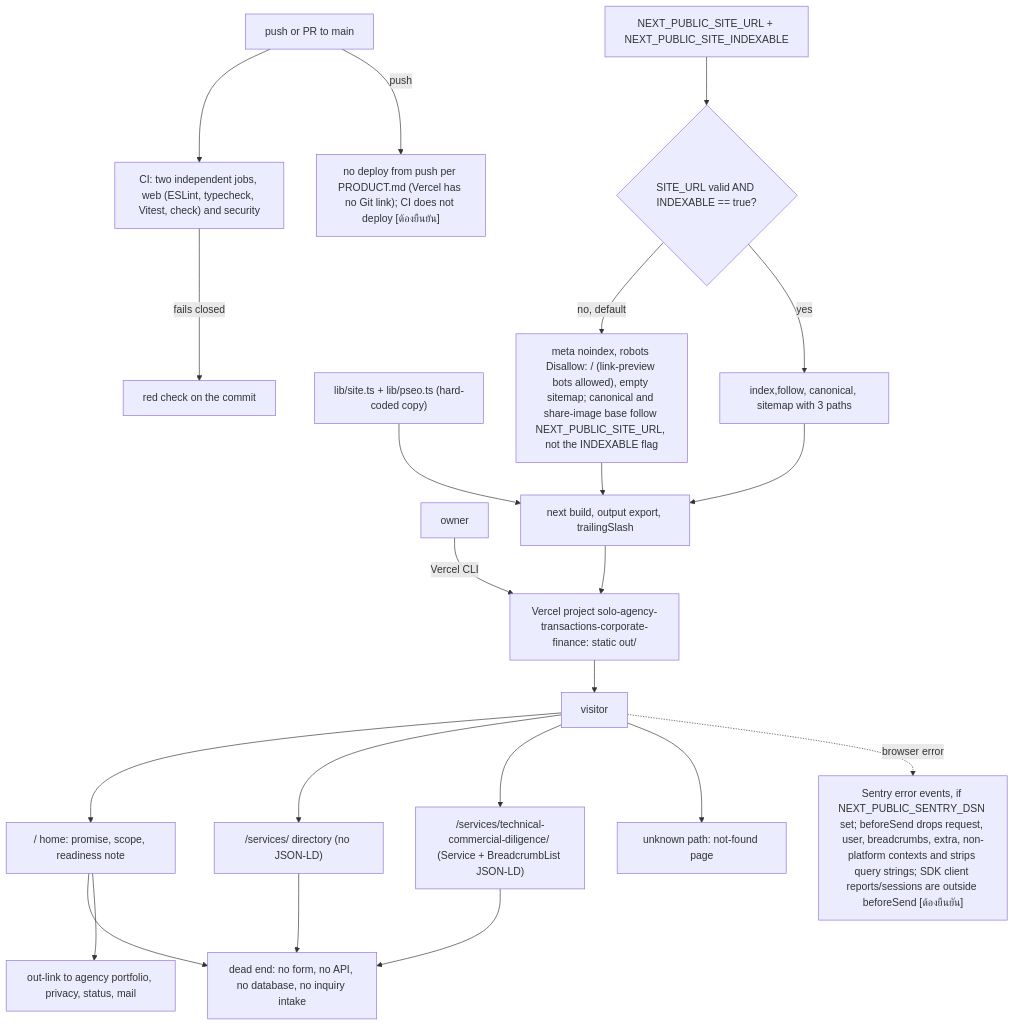
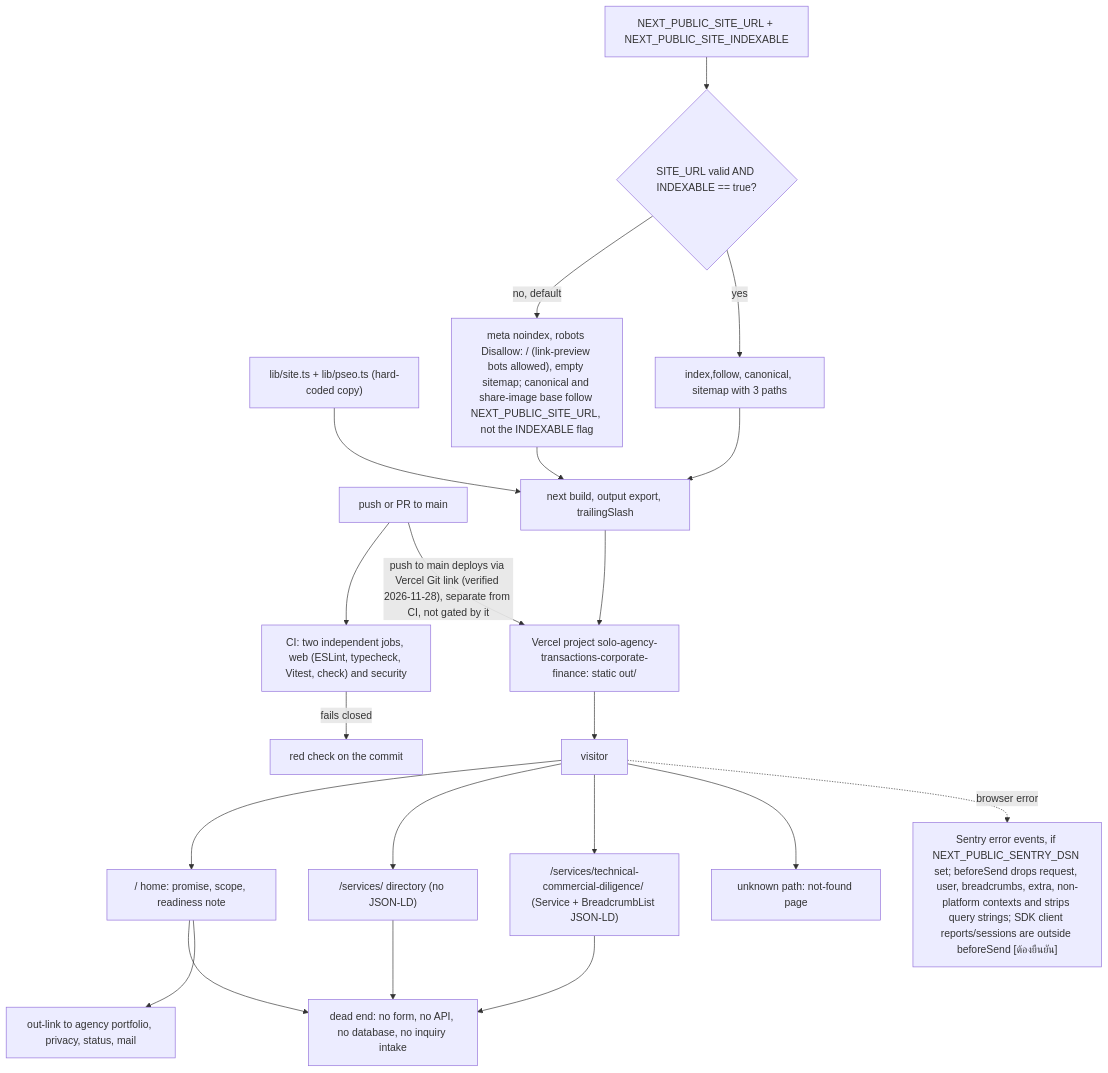
Before and after one commit to bookchaowalit-agency/agency-transactions-corporate-finance-web: the first of 2 diagrams in docs/diagrams/01-business-process.md, drawn with Mermaid. The commit also changed other lines of this file, not shown here.

Commit message:
docs: close Vercel Git link gap (D9), verified 2026-11-28

````diff
--- a/docs/diagrams/01-business-process.md
+++ b/docs/diagrams/01-business-process.md
@@ -9,24 +9,23 @@
 ```mermaid
 flowchart TD
   DEV["push or PR to main"] --> CI["CI: two independent jobs, web (ESLint, typecheck, Vitest, check) and security"]
   CI -->|"fails closed"| CIFAIL["red check on the commit"]
-  DEV -->|"push"| NODEPLOY["no deploy from push per PRODUCT.md (Vercel has no Git link); CI does not deploy [ต้องยืนยัน]"]
-  OWNER["owner"] -->|"Vercel CLI"| VERCEL["Vercel project solo-agency-transactions-corporate-finance: static out/"]
+  DEV -->|"push to main deploys via Vercel Git link (verified 2026-11-28), separate from CI, not gated by it"| VERCEL["Vercel project solo-agency-transactions-corporate-finance: static out/"]
   DATA["lib/site.ts + lib/pseo.ts (hard-coded copy)"] --> BUILD["next build, output export, trailingSlash"]
   ENV["NEXT_PUBLIC_SITE_URL + NEXT_PUBLIC_SITE_INDEXABLE"] --> GATE{"SITE_URL valid AND INDEXABLE == true?"}
   GATE -->|no, default| NOIDX["meta noindex, robots Disallow: / (link-preview bots allowed), empty sitemap; canonical and share-image base follow NEXT_PUBLIC_SITE_URL, not the INDEXABLE flag"]
   GATE -->|yes| IDX["index,follow, canonical, sitemap with 3 paths"]
   NOIDX --> BUILD
   IDX --> BUILD
   BUILD --> VERCEL
   VISITOR["visitor"] --> HOME["/ home: promise, scope, readiness note"]
   VISITOR --> SERVICE["/services/ directory (no JSON-LD)"]
   VISITOR --> DETAIL["/services/technical-commercial-diligence/ (Service + BreadcrumbList JSON-LD)"]
   VISITOR --> OTHER["unknown path: not-found page"]
   HOME --> NOFORM["dead end: no form, no API, no database, no inquiry intake"]
   HOME --> PORTFOLIO["out-link to agency portfolio, privacy, status, mail"]
   SERVICE --> NOFORM
   DETAIL --> NOFORM
   VERCEL --> VISITOR
   VISITOR -.->|"browser error"| SENTRY["Sentry error events, if NEXT_PUBLIC_SENTRY_DSN set; beforeSend drops request, user, breadcrumbs, extra, non-platform contexts and strips query strings; SDK client reports/sessions are outside beforeSend [ต้องยืนยัน]"]
 ```
````
